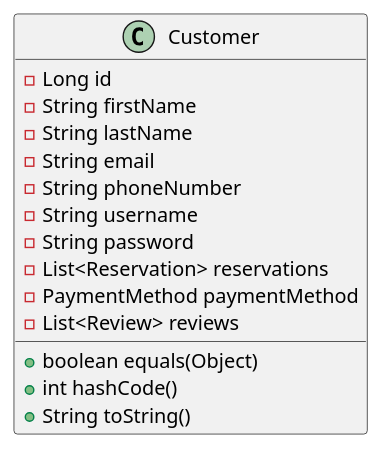
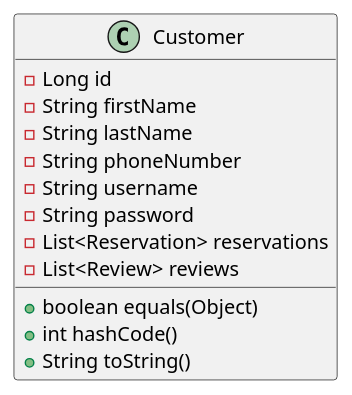
One commit to kyklospi/eatery changed the diagram in diagram/customer.puml. Above: the diagram before and after it, drawn with PlantUML. The commit also changed 34 other files, not shown here.

```diff
--- a/diagram/customer.puml
+++ b/diagram/customer.puml
@@ -1,17 +1,15 @@
 @startuml
 class Customer {
 - Long id
 - String firstName
 - String lastName
-- String email
 - String phoneNumber
 - String username
 - String password
 - List<Reservation> reservations
-- PaymentMethod paymentMethod
 - List<Review> reviews
 + boolean equals(Object)
 + int hashCode()
 + String toString()
 }
 @enduml
```
